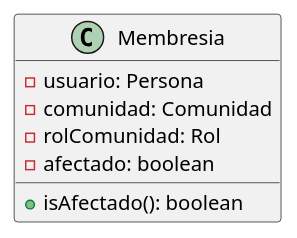
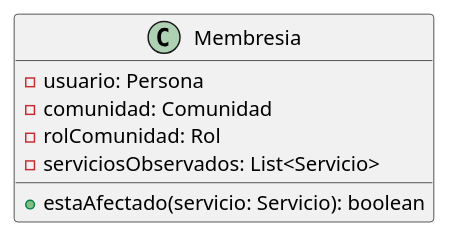
Before and after one commit to mbertogliati/dds-tpa: the diagram in DC/E3/domain/comunidades/Membresia.puml, drawn with PlantUML. The commit also changed 5 other files, not shown here.

```diff
--- a/DC/E3/domain/comunidades/Membresia.puml
+++ b/DC/E3/domain/comunidades/Membresia.puml
@@ -1,15 +1,15 @@
 @startuml
 'https://plantuml.com/class-diagram
 
 skinparam linetype ortho
 
 class Membresia{
     -usuario: Persona
     -comunidad: Comunidad
     -rolComunidad: Rol
-    -afectado: boolean
+    -serviciosObservados: List<Servicio>
 
-    +isAfectado(): boolean
+    +estaAfectado(servicio: Servicio): boolean
 }
 
 @enduml
```
